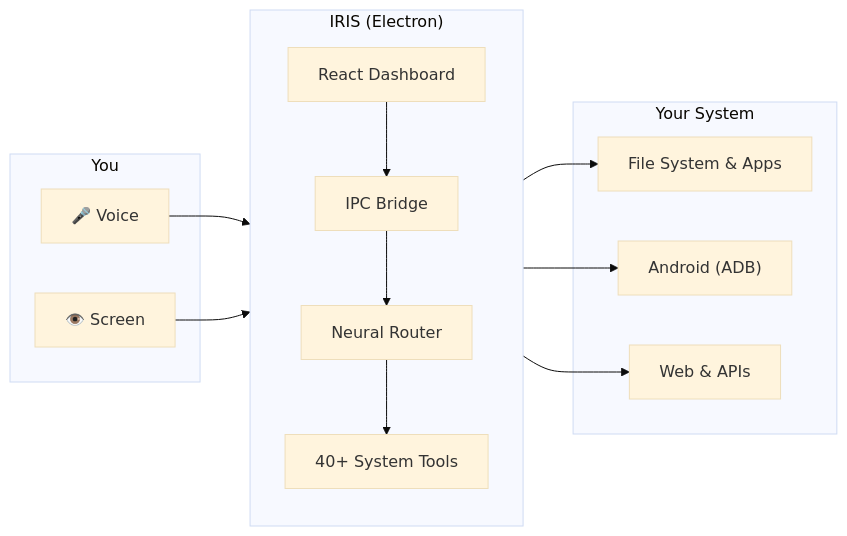
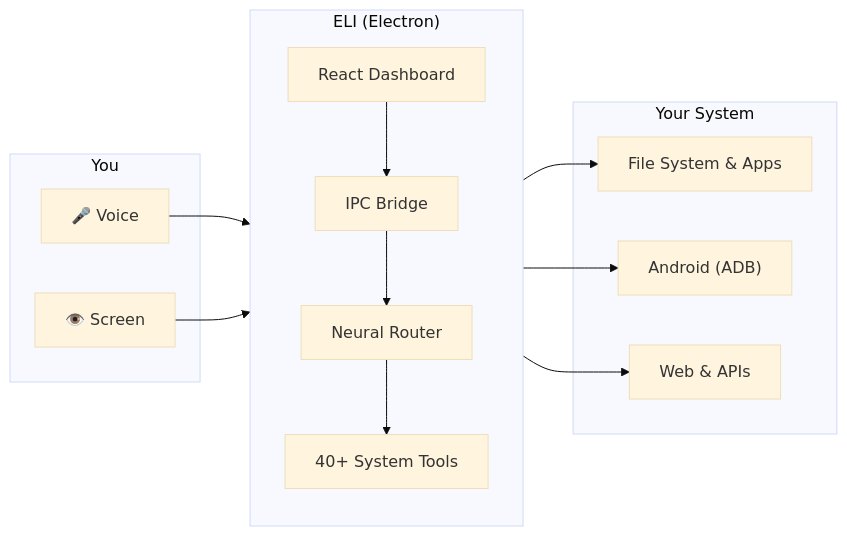
One commit to krishrathi1/Next-Gen-Friend changed the diagram in README.md. Above: the diagram before and after it, drawn with Mermaid (base theme). The commit also changed other lines of this file and 17 other files, not shown here.

Commit message:
chore: rename project from IRIS to ELI and add repository templates

````diff
--- a/README.md
+++ b/README.md
@@ -44,30 +44,30 @@
 ```mermaid
 graph LR
     subgraph "You"
         Voice["🎤 Voice"]
         Screen["👁️ Screen"]
     end
 
-    subgraph "IRIS (Electron)"
+    subgraph "ELI (Electron)"
         direction TB
         UI["React Dashboard"]
         Bridge["IPC Bridge"]
         Router["Neural Router"]
         Tools["40+ System Tools"]
     end
 
     subgraph "Your System"
         OS["File System & Apps"]
         Phone["Android (ADB)"]
         Web["Web & APIs"]
     end
 
     Voice --> UI
     Screen --> UI
     UI --> Bridge
     Bridge --> Router
     Router --> Tools
     Tools --> OS
     Tools --> Phone
     Tools --> Web
 ```
````
